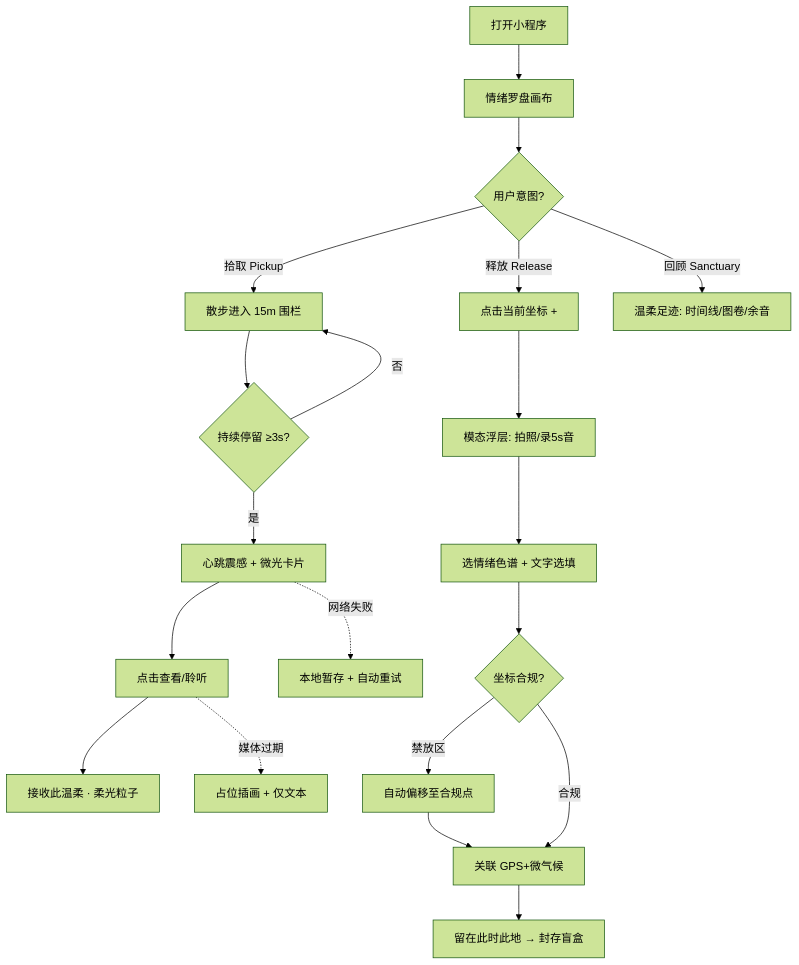
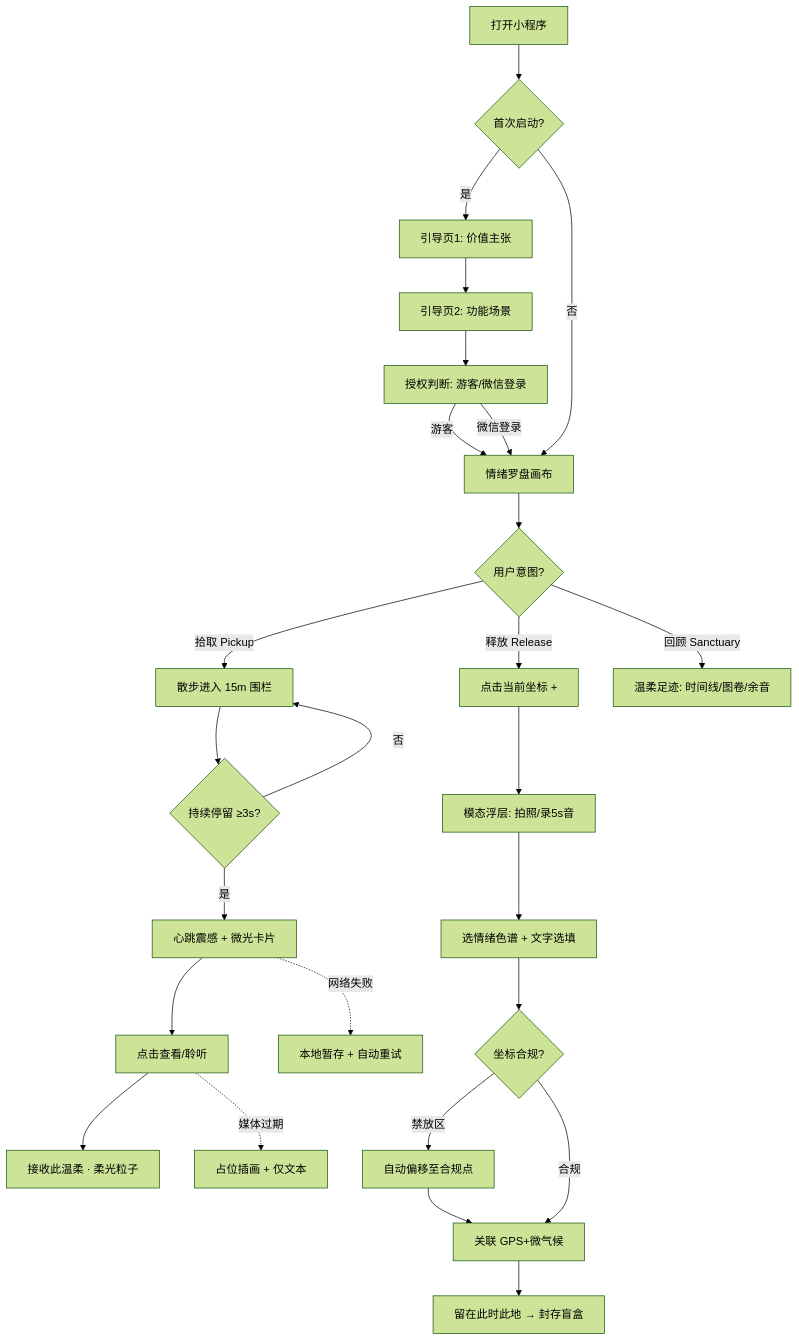
The diagram in 街角情绪盲盒PRD_完整版.md (ericwangjob/street-corner-emotion-blind-box), drawn with Mermaid (forest theme) before and after one commit. The commit also changed other lines of this file and 13 other files, not shown here.

````diff
--- a/街角情绪盲盒PRD_完整版.md
+++ b/街角情绪盲盒PRD_完整版.md
@@ -339,22 +411,28 @@
 ```mermaid
 flowchart TD
-    A[打开小程序] --> B[情绪罗盘画布]
+    A[打开小程序] --> A1{首次启动?}
+    A1 -->|是| OB[引导页1: 价值主张]
+    OB --> OB2[引导页2: 功能场景]
+    OB2 --> AU[授权判断: 游客/微信登录]
+    A1 -->|否| B[情绪罗盘画布]
+    AU -->|游客| B
+    AU -->|微信登录| B
     B --> C{用户意图?}
     C -->|拾取 Pickup| D[散步进入 15m 围栏]
     D --> E{持续停留 ≥3s?}
     E -->|否| D
     E -->|是| F[心跳震感 + 微光卡片]
     F --> G[点击查看/聆听]
     G --> H[接收此温柔 · 柔光粒子]
     C -->|释放 Release| I[点击当前坐标 +]
     I --> J[模态浮层: 拍照/录5s音]
     J --> K[选情绪色谱 + 文字选填]
     K --> L{坐标合规?}
     L -->|禁放区| M[自动偏移至合规点]
     L -->|合规| N[关联 GPS+微气候]
     M --> N
     N --> O[留在此时此地 → 封存盲盒]
     C -->|回顾 Sanctuary| P[温柔足迹: 时间线/图卷/余音]
     F -.网络失败.-> Q[本地暂存 + 自动重试]
     G -.媒体过期.-> R[占位插画 + 仅文本]
 ```
````
